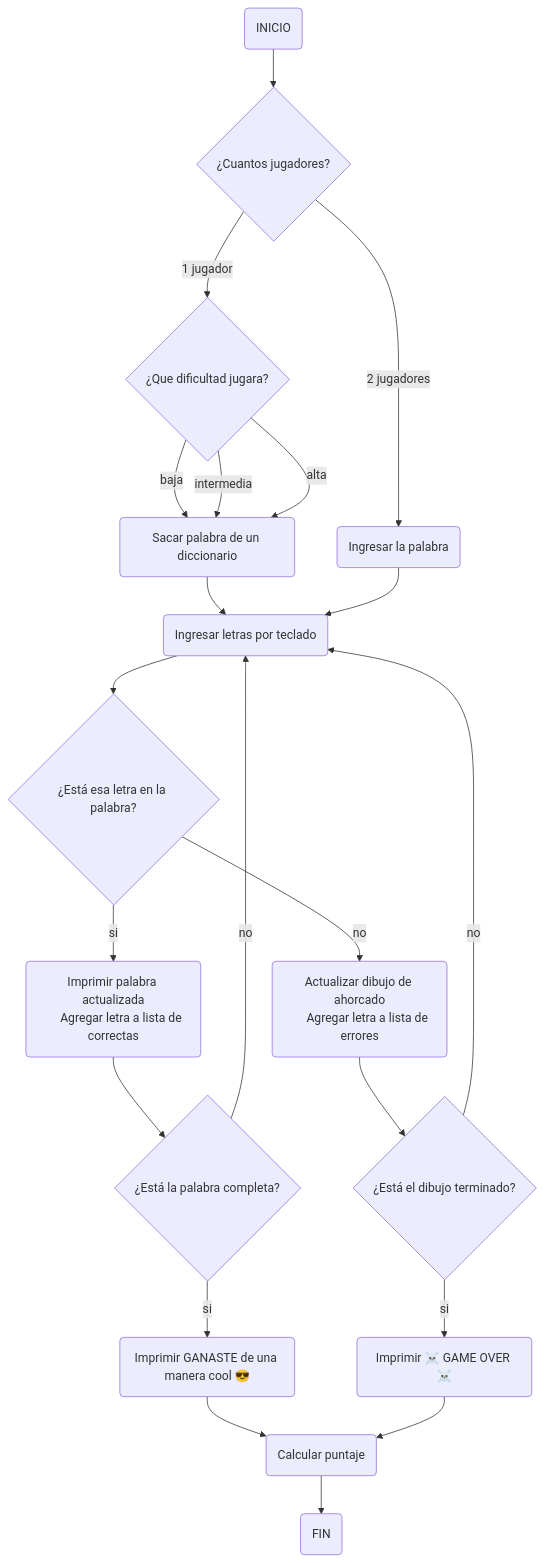
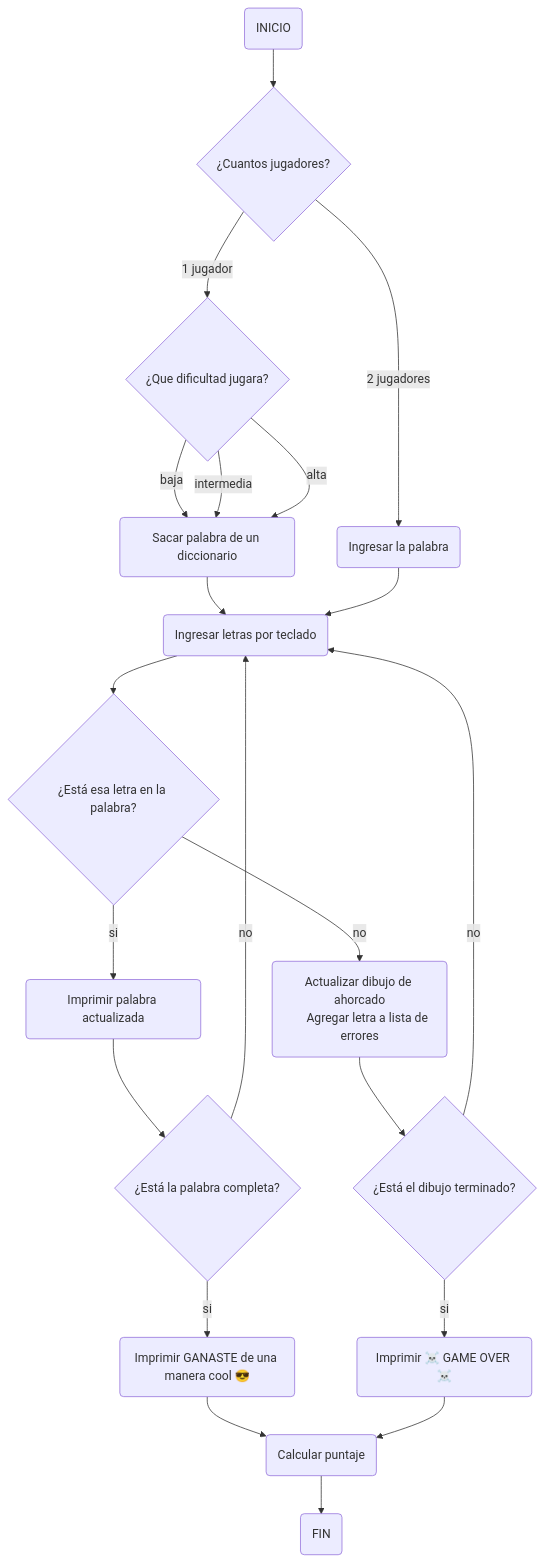
Before and after one commit to JMC020406/Proyecto: the diagram in README.md, drawn with Mermaid.

````diff
--- a/README.md
+++ b/README.md
@@ -10,26 +10,25 @@
 ```mermaid
 graph TD;
   A(INICIO) --> B{¿Cuantos jugadores?}
   B-->|1 jugador|C{¿Que dificultad jugara?}
   B-->|2 jugadores|E(Ingresar la palabra)
   C-->|baja|D(Sacar palabra de un diccionario)
   C-->|intermedia|D
   C-->|alta|D
   D-->F
   E-->F(Ingresar letras por teclado)
   F-->G{¿Está esa letra en la palabra?}
-  G-->|si|H(Imprimir palabra actualizada
-      Agregar letra a lista de correctas)
+  G-->|si|H(Imprimir palabra actualizada)
   G-->|no|I(Actualizar dibujo de ahorcado
       Agregar letra a lista de errores)
   H-->J{¿Está la palabra completa?}
   J-->|si|K(Imprimir GANASTE de una manera cool 😎)
   K-->L(Calcular puntaje)
   J-->|no|F
   I-->N{¿Está el dibujo terminado?}
   N-->|si|M(Imprimir ☠️ GAME OVER ☠️)
   M-->L
   N-->|no|F
   L-->O(FIN)
 
 ```
````
